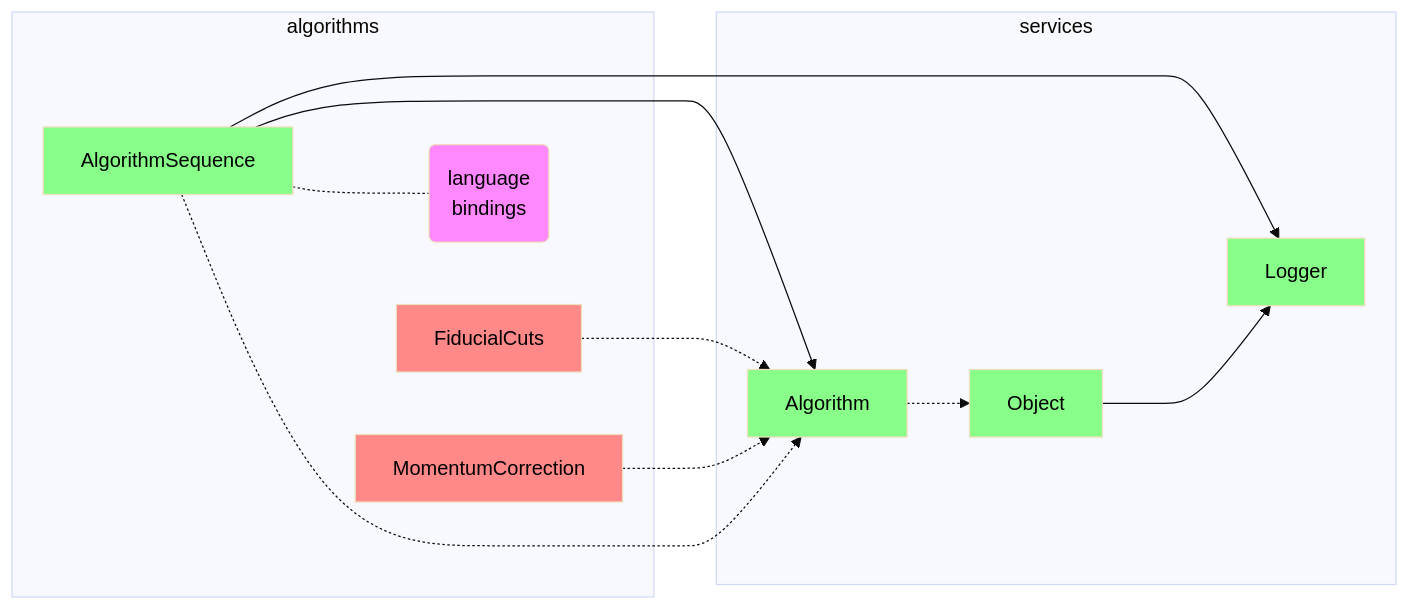
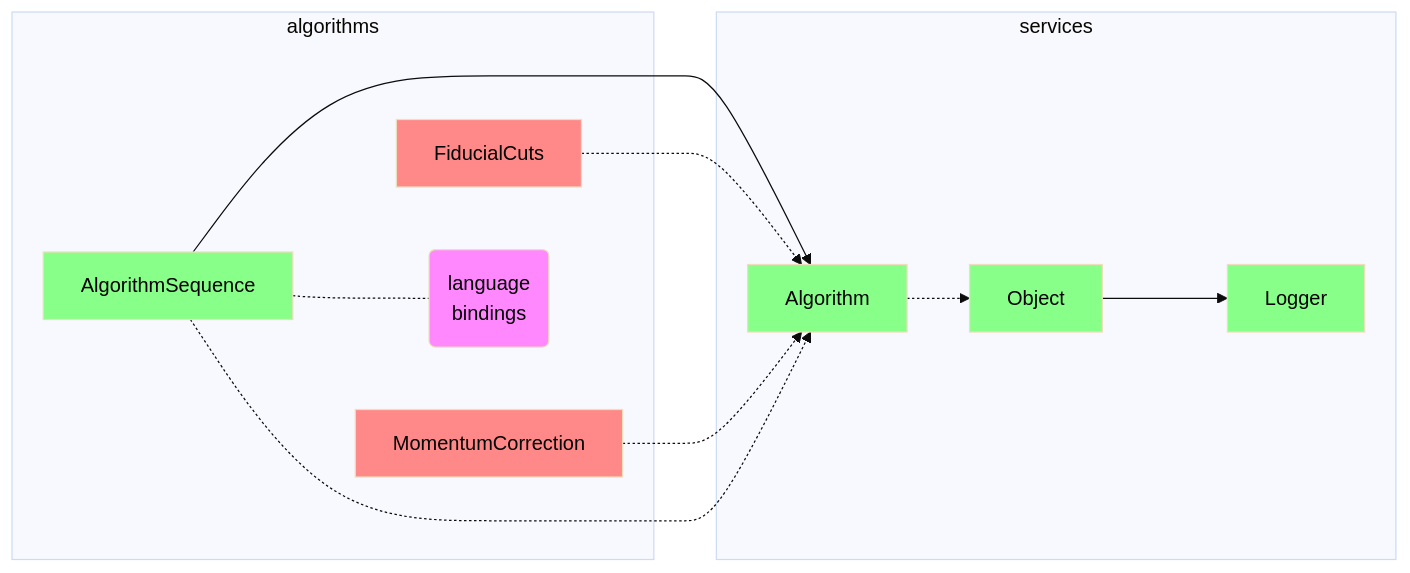
Before and after one commit to JeffersonLab/iguana: the first of 3 diagrams in doc/design.md, drawn with Mermaid (base theme).

Commit message:
fix: another ownership

````diff
--- a/doc/design.md
+++ b/doc/design.md
@@ -7,29 +7,28 @@
 ```mermaid
 flowchart LR
     classDef cls fill:#88ff88,color:black
     classDef algo fill:#ff8888,color:black
     classDef other fill:#ff88ff,color:black
 
     subgraph services
         Algorithm:::cls
         Logger:::cls
         Object:::cls
     end
 
     subgraph algorithms
         FiducialCuts:::algo
         MomentumCorrection:::algo
         AlgorithmSequence:::cls
         bindings(language<br />bindings):::other
     end
 
-    AlgorithmSequence ---> Logger
     AlgorithmSequence ---> Algorithm
     AlgorithmSequence -.-  bindings
     Object            ---> Logger
 
     FiducialCuts       -.-> Algorithm
     MomentumCorrection -.-> Algorithm
     AlgorithmSequence  -.-> Algorithm
     Algorithm          -.-> Object
 ```
````
